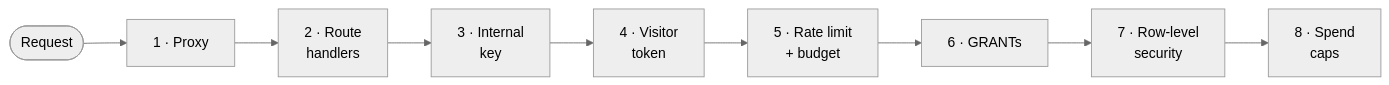
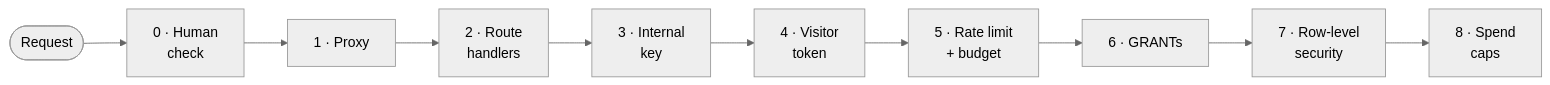
The fifth of 8 diagrams in README.md (AmaanAli1/recall), drawn with Mermaid (neutral theme) before and after one commit. The commit also changed other lines of this file and 11 other files, not shown here.

First line of the commit message:
feat(security): human check on Try the demo (Cloudflare Turnstile) (#57)

````diff
--- a/README.md
+++ b/README.md
@@ -243,5 +243,5 @@
 ```mermaid
 flowchart LR
-    R(["Request"]) --> L1["1 · Proxy"] --> L2["2 · Route<br/>handlers"] --> L3["3 · Internal<br/>key"] --> L4["4 · Visitor<br/>token"]
+    R(["Request"]) --> L0["0 · Human<br/>check"] --> L1["1 · Proxy"] --> L2["2 · Route<br/>handlers"] --> L3["3 · Internal<br/>key"] --> L4["4 · Visitor<br/>token"]
     L4 --> L5["5 · Rate limit<br/>+ budget"] --> L6["6 · GRANTs"] --> L7["7 · Row-level<br/>security"] --> L8["8 · Spend<br/>caps"]
 ```
````
